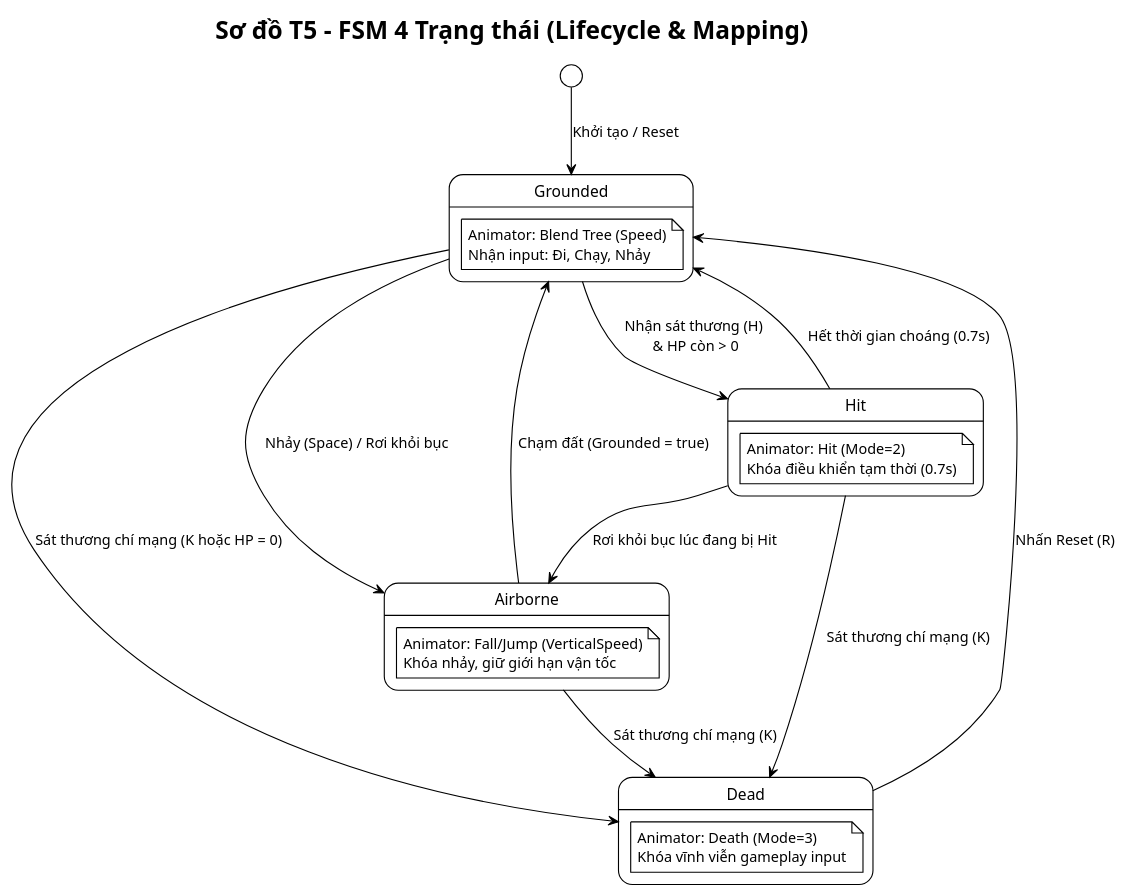
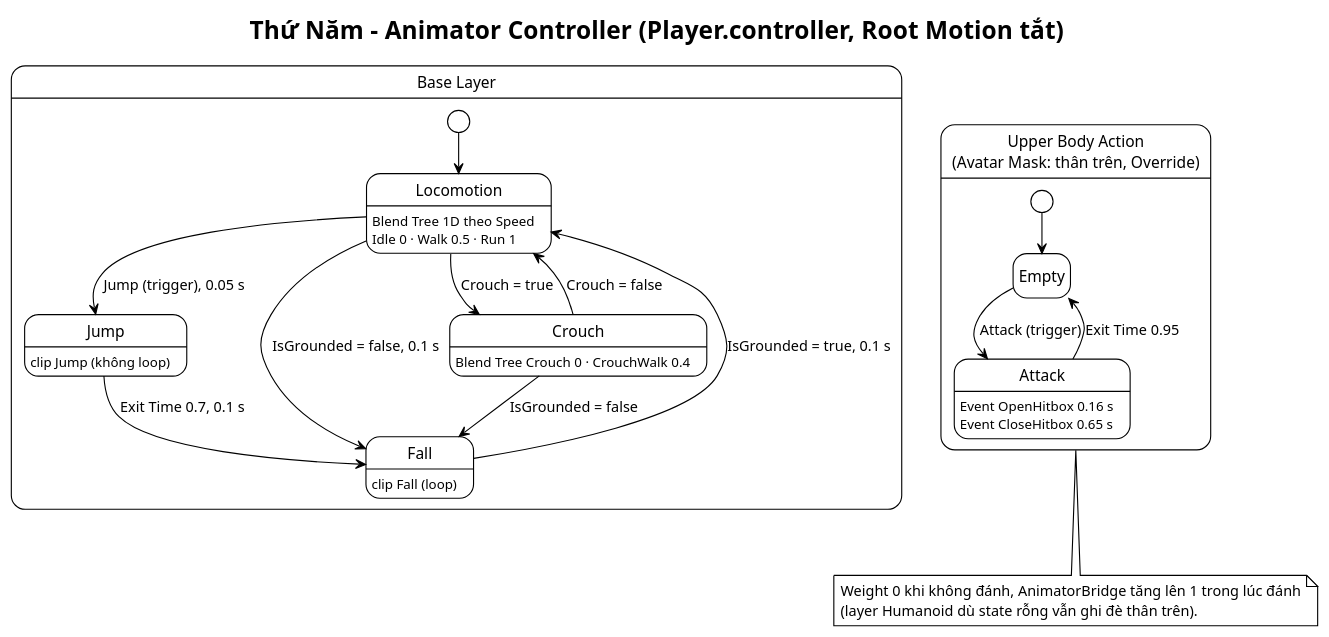
One commit to Vu-QuocHuy/game-3D-bao-cao changed the fourth of 4 diagrams in Docs/Diagrams.puml. Above: the diagram before and after it, drawn with PlantUML. The commit also changed other lines of this file and 149 other files, not shown here.

First line of the commit message:
Rebuild demo to dac-ta-game-demo-3d.md, keep crouch and attack

```diff
--- a/Docs/Diagrams.puml
+++ b/Docs/Diagrams.puml
@@ -31,37 +119,34 @@
-@startuml T5_FSM_States
+@startuml ThuNam_Animator_Controller
 !theme plain
 hide empty description
 
-title Sơ đồ T5 - FSM 4 Trạng thái (Lifecycle & Mapping)
+title Thứ Năm - Animator Controller (Player.controller, Root Motion tắt)
 
-[*] --> Grounded : Khởi tạo / Reset
+state "Base Layer" as Base {
+  [*] --> Locomotion
+  state Locomotion : Blend Tree 1D theo Speed\nIdle 0 · Walk 0.5 · Run 1
+  state Jump : clip Jump (không loop)
+  state Fall : clip Fall (loop)
+  state Crouch : Blend Tree Crouch 0 · CrouchWalk 0.4
 
-state Grounded {
-  note "Animator: Blend Tree (Speed)\nNhận input: Đi, Chạy, Nhảy" as N1
+  Locomotion --> Jump : Jump (trigger), 0.05 s
+  Jump --> Fall : Exit Time 0.7, 0.1 s
+  Locomotion --> Fall : IsGrounded = false, 0.1 s
+  Fall --> Locomotion : IsGrounded = true, 0.1 s
+  Locomotion --> Crouch : Crouch = true
+  Crouch --> Locomotion : Crouch = false
+  Crouch --> Fall : IsGrounded = false
 }
 
-state Airborne {
-  note "Animator: Fall/Jump (VerticalSpeed)\nKhóa nhảy, giữ giới hạn vận tốc" as N2
+state "Upper Body Action\n(Avatar Mask: thân trên, Override)" as Upper {
+  [*] --> Empty
+  Empty --> AttackClip : Attack (trigger)
+  AttackClip --> Empty : Exit Time 0.95
+  state "Attack" as AttackClip : Event OpenHitbox 0.16 s\nEvent CloseHitbox 0.65 s
 }
 
-state Hit {
-  note "Animator: Hit (Mode=2)\nKhóa điều khiển tạm thời (0.7s)" as N3
-}
-
-state Dead {
-  note "Animator: Death (Mode=3)\nKhóa vĩnh viễn gameplay input" as N4
-}
-
-Grounded --> Airborne : Nhảy (Space) / Rơi khỏi bục
-Airborne --> Grounded : Chạm đất (Grounded = true)
-
-Grounded --> Hit : Nhận sát thương (H) \n& HP còn > 0
-Hit --> Grounded : Hết thời gian choáng (0.7s)
-Hit --> Airborne : Rơi khỏi bục lúc đang bị Hit
-
-Grounded --> Dead : Sát thương chí mạng (K hoặc HP = 0)
-Airborne --> Dead : Sát thương chí mạng (K)
-Hit --> Dead : Sát thương chí mạng (K)
-
-Dead --> Grounded : Nhấn Reset (R)
+note bottom of Upper
+  Weight 0 khi không đánh, AnimatorBridge tăng lên 1 trong lúc đánh
+  (layer Humanoid dù state rỗng vẫn ghi đè thân trên).
+end note
 @enduml
```
